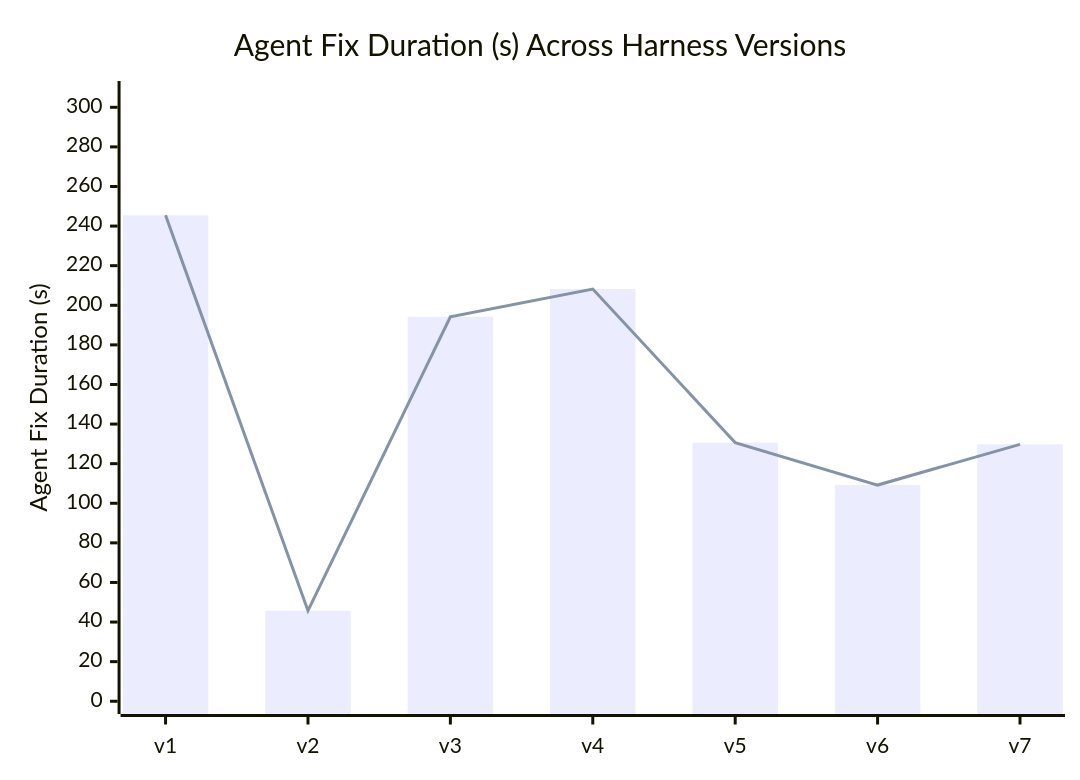
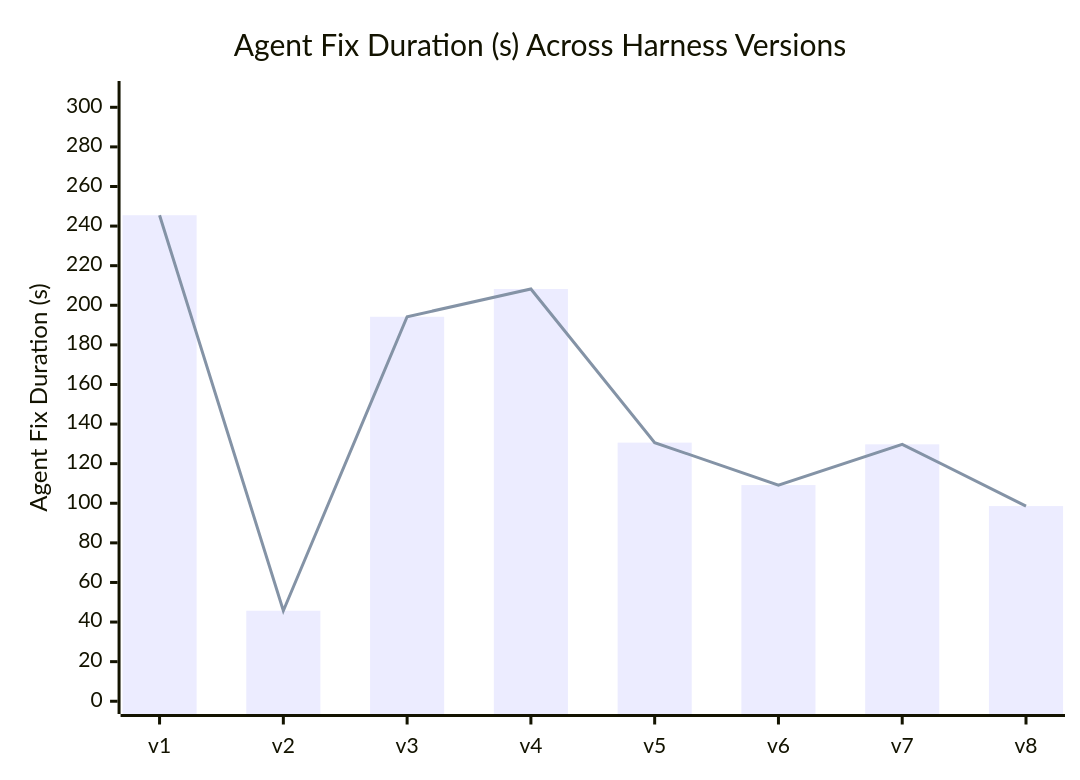
The diagram in PERFORMANCE_REPORT.md (denizin42/cs440-lab6-thealgorithms-contrib), drawn with Mermaid before and after one commit. The commit also changed other lines of this file and 7 other files, not shown here.

````diff
--- a/PERFORMANCE_REPORT.md
+++ b/PERFORMANCE_REPORT.md
@@ -21,8 +21,8 @@
 ```mermaid
 xychart-beta
     title "Agent Fix Duration (s) Across Harness Versions"
-    x-axis ["v1", "v2", "v3", "v4", "v5", "v6", "v7"]
+    x-axis ["v1", "v2", "v3", "v4", "v5", "v6", "v7", "v8"]
     y-axis "Agent Fix Duration (s)" 0 --> 306.84
-    bar [245.475, 45.724, 194.199, 208.213, 130.619, 109.192, 129.762]
-    line [245.475, 45.724, 194.199, 208.213, 130.619, 109.192, 129.762]
+    bar [245.475, 45.724, 194.199, 208.213, 130.619, 109.192, 129.762, 98.587]
+    line [245.475, 45.724, 194.199, 208.213, 130.619, 109.192, 129.762, 98.587]
 ```
````
